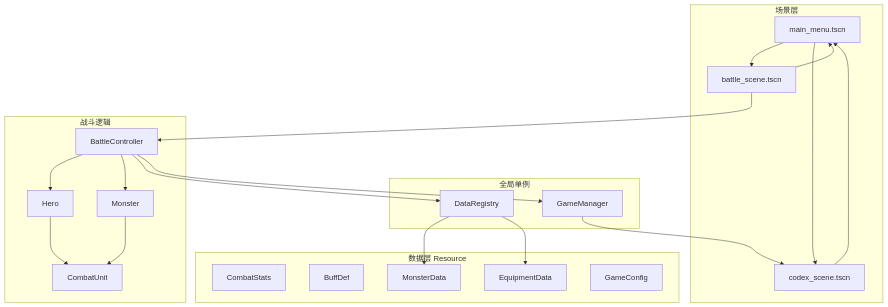
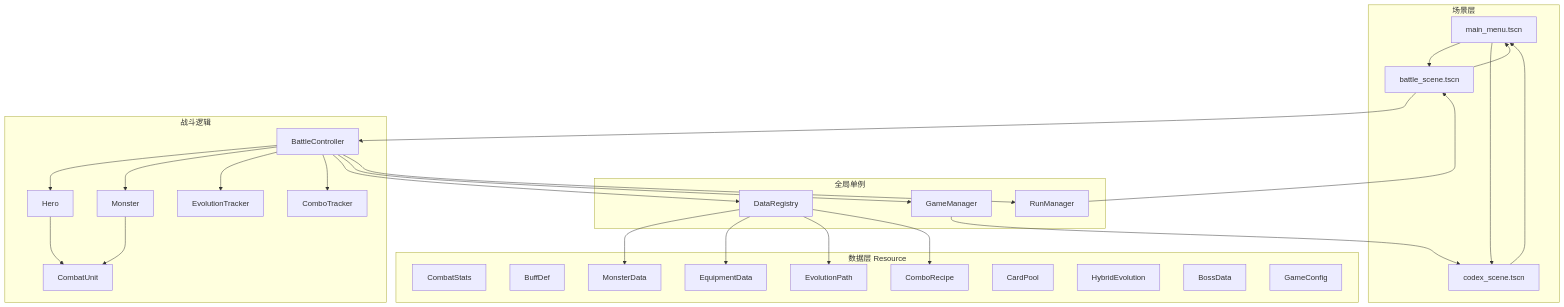
One commit to yolk-l/free-fight changed the diagram in docs/knowledge/01-架构总览.md. Above: the diagram before and after it, drawn with Mermaid. The commit also changed other lines of this file and 159 other files, not shown here.

````diff
--- a/docs/knowledge/01-架构总览.md
+++ b/docs/knowledge/01-架构总览.md
@@ -11,45 +11,59 @@
 ```mermaid
 flowchart TB
     subgraph scenes [场景层]
         MainMenu[main_menu.tscn]
         Codex[codex_scene.tscn]
         Battle[battle_scene.tscn]
     end
 
     subgraph autoload [全局单例]
         GM[GameManager]
         DR[DataRegistry]
+        RM[RunManager]
     end
 
     subgraph data [数据层 Resource]
         CS[CombatStats]
         BD[BuffDef]
         MD[MonsterData]
         ED[EquipmentData]
+        EP[EvolutionPath]
+        CR[ComboRecipe]
+        CP[CardPool]
+        HE[HybridEvolution]
+        BossD[BossData]
         GC[GameConfig]
     end
 
     subgraph battle [战斗逻辑]
         BC[BattleController]
         CU[CombatUnit]
         Hero[Hero]
         Monster[Monster]
+        ET[EvolutionTracker]
+        CT[ComboTracker]
     end
 
     MainMenu --> Battle
     MainMenu --> Codex
     Codex --> MainMenu
     Battle --> MainMenu
 
     Battle --> BC
     BC --> Hero
     BC --> Monster
+    BC --> ET
+    BC --> CT
     Hero --> CU
     Monster --> CU
 
     DR --> MD
     DR --> ED
+    DR --> EP
+    DR --> CR
+    RM --> Battle
     GM --> Codex
     BC --> DR
     BC --> GM
+    BC --> RM
 ```
````
